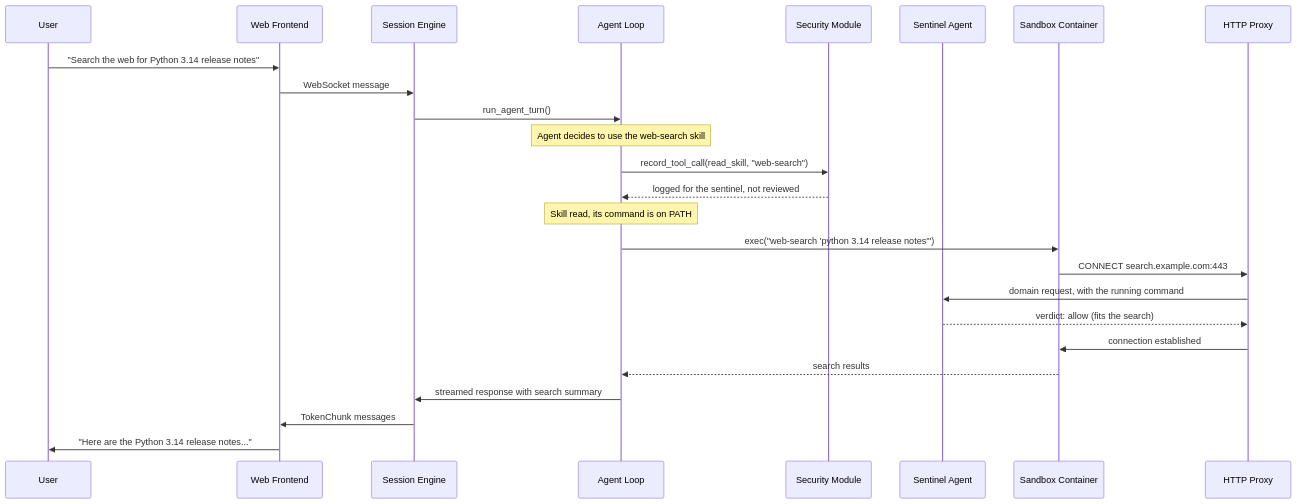
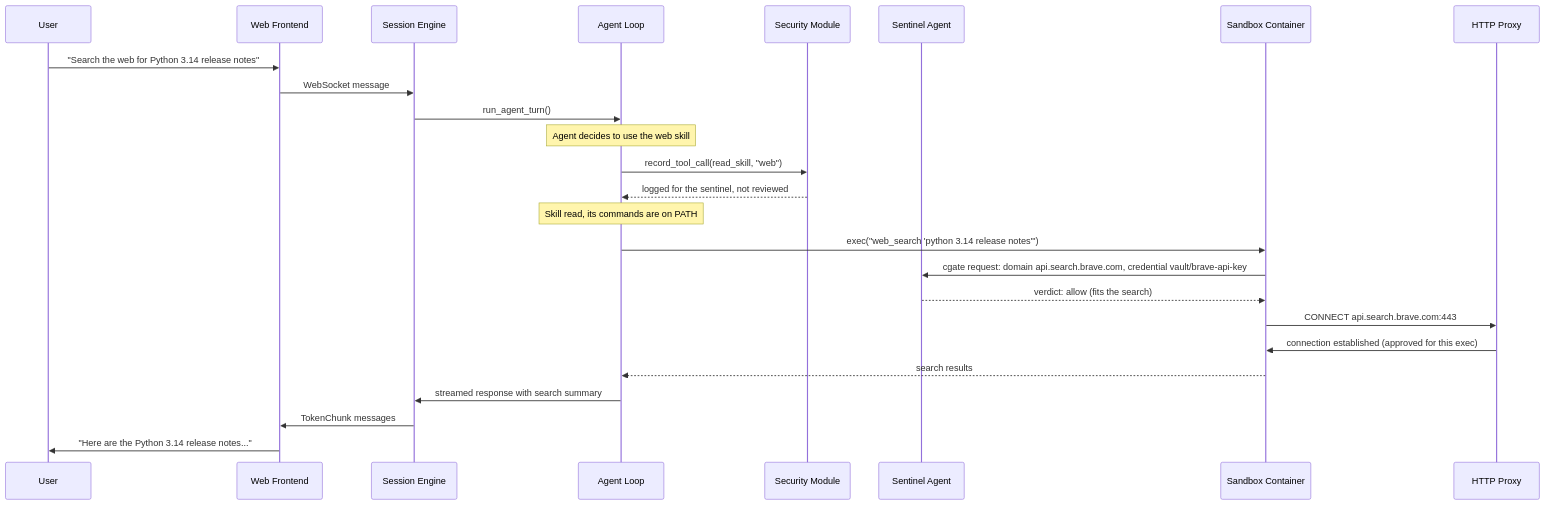
The third of 3 diagrams in docs/architecture.md (thiesgerken/carapace), drawn with Mermaid before and after one commit. The commit also changed other lines of this file and 1 other file, not shown here.

Commit message:
📝 docs: per-exec domains in sandbox.md, builder and boundary review in architecture.md

````diff
--- a/docs/architecture.md
+++ b/docs/architecture.md
@@ -390,33 +411,33 @@
 ```mermaid
 sequenceDiagram
     participant User
     participant Frontend as Web Frontend
     participant Engine as Session Engine
     participant Agent as Agent Loop
     participant Security as Security Module
     participant Sentinel as Sentinel Agent
     participant Sandbox as Sandbox Container
     participant Proxy as HTTP Proxy
 
     User->>Frontend: "Search the web for Python 3.14 release notes"
     Frontend->>Engine: WebSocket message
     Engine->>Agent: run_agent_turn()
 
-    Note over Agent: Agent decides to use the web-search skill
+    Note over Agent: Agent decides to use the web skill
 
-    Agent->>Security: record_tool_call(read_skill, "web-search")
+    Agent->>Security: record_tool_call(read_skill, "web")
     Security-->>Agent: logged for the sentinel, not reviewed
 
-    Note over Agent: Skill read, its command is on PATH
+    Note over Agent: Skill read, its commands are on PATH
 
-    Agent->>Sandbox: exec("web-search 'python 3.14 release notes'")
-    Sandbox->>Proxy: CONNECT search.example.com:443
-    Proxy->>Sentinel: domain request, with the running command
-    Sentinel-->>Proxy: verdict: allow (fits the search)
-    Proxy->>Sandbox: connection established
+    Agent->>Sandbox: exec("web_search 'python 3.14 release notes'")
+    Sandbox->>Sentinel: cgate request: domain api.search.brave.com, credential vault/brave-api-key
+    Sentinel-->>Sandbox: verdict: allow (fits the search)
+    Sandbox->>Proxy: CONNECT api.search.brave.com:443
+    Proxy->>Sandbox: connection established (approved for this exec)
     Sandbox-->>Agent: search results
 
     Agent->>Engine: streamed response with search summary
     Engine->>Frontend: TokenChunk messages
     Frontend->>User: "Here are the Python 3.14 release notes..."
 ```
````
